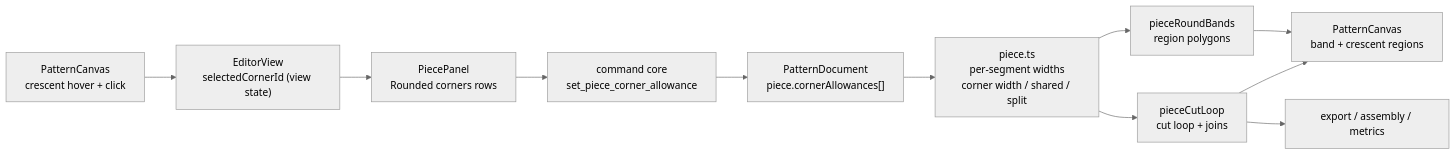
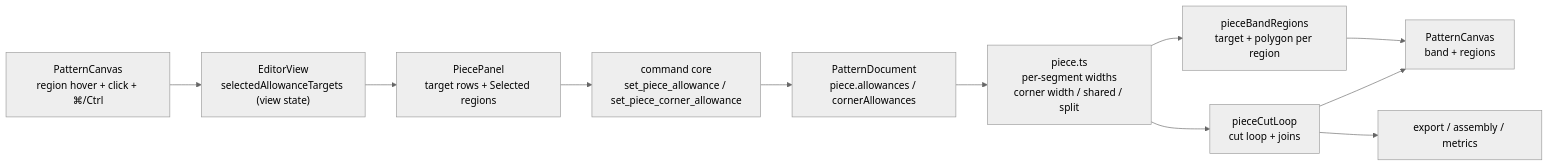
The diagram in .ai/specs/2026-11-03-per-corner-allowance.md (slawekniewiadomski/sew-craft), drawn with Mermaid (neutral theme) before and after one commit. The commit also changed other lines of this file and 1 other file, not shown here.

First line of the commit message:
docs(specs): make the whole band selectable and bulk-editable

````diff
--- a/.ai/specs/2026-11-03-per-corner-allowance.md
+++ b/.ai/specs/2026-11-03-per-corner-allowance.md
@@ -168,13 +187,13 @@
 ```mermaid
 flowchart LR
-  C["PatternCanvas<br/>crescent hover + click"] --> E["EditorView<br/>selectedCornerId (view state)"]
-  E --> P["PiecePanel<br/>Rounded corners rows"]
-  P --> K["command core<br/>set_piece_corner_allowance"]
-  K --> D["PatternDocument<br/>piece.cornerAllowances[]"]
+  C["PatternCanvas<br/>region hover + click + ⌘/Ctrl"] --> E["EditorView<br/>selectedAllowanceTargets (view state)"]
+  E --> P["PiecePanel<br/>target rows + Selected regions"]
+  P --> K["command core<br/>set_piece_allowance / set_piece_corner_allowance"]
+  K --> D["PatternDocument<br/>piece.allowances / cornerAllowances"]
   D --> R["piece.ts<br/>per-segment widths<br/>corner width / shared / split"]
   R --> L["pieceCutLoop<br/>cut loop + joins"]
-  L --> V["PatternCanvas<br/>band + crescent regions"]
+  L --> V["PatternCanvas<br/>band + regions"]
   L --> X["export / assembly / metrics"]
-  R --> B["pieceRoundBands<br/>region polygons"]
+  R --> B["pieceBandRegions<br/>target + polygon per region"]
   B --> V
 ```
````
